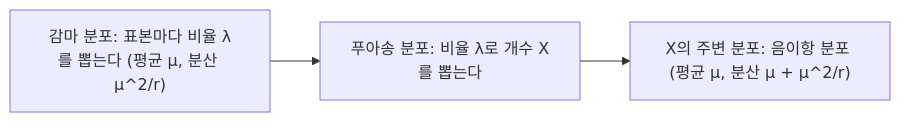
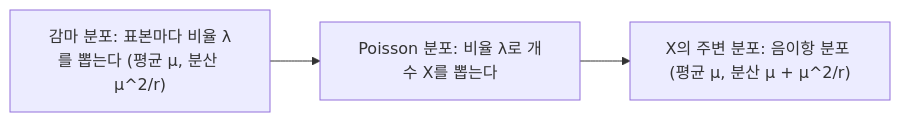
One commit to Choroning/25Fall_Convergence-Informatics changed the diagram in Lecture-Notes/Ch09_Statistics-for-High-Throughput-Data/Concepts_Lecture.ko.md. Above: the diagram before and after it, drawn with Mermaid. The commit also changed other lines of this file and 17 other files, not shown here.

````diff
--- a/Lecture-Notes/Ch09_Statistics-for-High-Throughput-Data/Concepts_Lecture.ko.md
+++ b/Lecture-Notes/Ch09_Statistics-for-High-Throughput-Data/Concepts_Lecture.ko.md
@@ -245,5 +245,5 @@
 ```mermaid
 flowchart LR
-    G["감마 분포: 표본마다 비율 λ를 뽑는다 (평균 μ, 분산 μ^2/r)"] --> P["푸아송 분포: 비율 λ로 개수 X를 뽑는다"]
+    G["감마 분포: 표본마다 비율 λ를 뽑는다 (평균 μ, 분산 μ^2/r)"] --> P["Poisson 분포: 비율 λ로 개수 X를 뽑는다"]
     P --> X["X의 주변 분포: 음이항 분포 (평균 μ, 분산 μ + μ^2/r)"]
 ```
````
